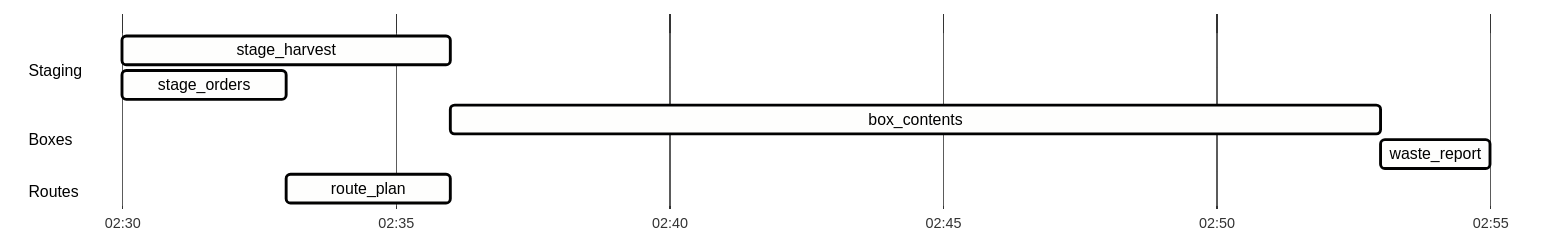
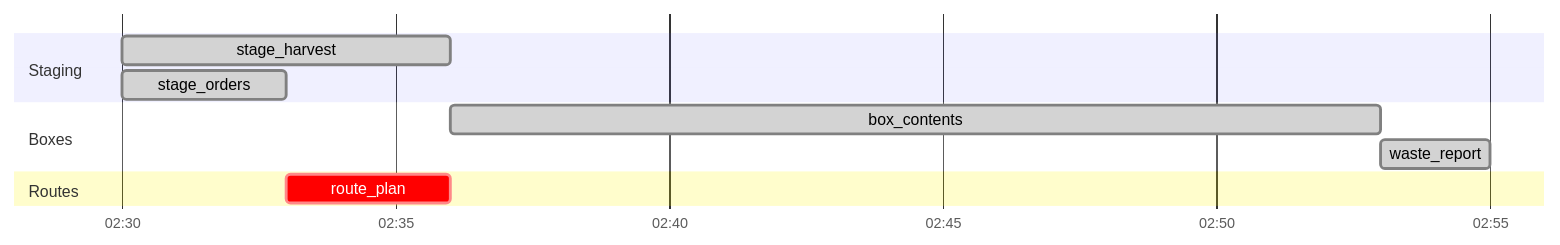
Before and after one commit to hallb/hallb.github.io: the diagram in content/post/lineage-in-the-sql/figures/nightly-run.mmd, drawn with Mermaid. The commit also changed 13 other files, not shown here.

First line of the commit message:
Keep the diagram style in one place, and theme the SVGs themselves

```diff
--- a/content/post/lineage-in-the-sql/figures/nightly-run.mmd
+++ b/content/post/lineage-in-the-sql/figures/nightly-run.mmd
@@ -1,56 +1,15 @@
----
-# The Fernhill nightly run on 14 August, from the runner's log.
-# Placeholder colours: #010101 ink, #FEFEFD card, #020202 accent, #030303 muted.
-config:
-  theme: base
-  themeVariables:
-    fontFamily: "Atkinson Hyperlegible"
-    primaryTextColor: "#010101"
-    textColor: "#010101"
-    titleColor: "#010101"
-    lineColor: "#030303"
-    gridColor: "#030303"
-    sectionBkgColor: "#FEFEFD"
-    altSectionBkgColor: "#FEFEFD"
-    sectionBkgColor2: "#FEFEFD"
-    taskBkgColor: "#FEFEFD"
-    taskBorderColor: "#010101"
-    taskTextColor: "#010101"
-    taskTextOutsideColor: "#010101"
-    taskTextDarkColor: "#010101"
-    doneTaskBkgColor: "#FEFEFD"
-    doneTaskBorderColor: "#010101"
-    critBkgColor: "#FEFEFD"
-    critBorderColor: "#020202"
-    todayLineColor: "#020202"
-    # Mermaid derives a colour for every variable left unset, and those
-    # derived values are literals the build's placeholder swap cannot see.
-    # The gantt does not use most of these, but it emits them anyway.
-    background: "#FEFEFD"
-    primaryColor: "#FEFEFD"
-    primaryBorderColor: "#010101"
-    secondaryColor: "#FEFEFD"
-    tertiaryColor: "#FEFEFD"
-    excludeBkgColor: "#FEFEFD"
-    activeTaskBkgColor: "#FEFEFD"
-    activeTaskBorderColor: "#010101"
-    taskTextLightColor: "#010101"
-    taskTextClickableColor: "#010101"
-    errorBkgColor: "#FEFEFD"
-    errorTextColor: "#010101"
----
 gantt
     dateFormat HH:mm
     axisFormat %H:%M
     todayMarker off
 
     section Staging
     stage_harvest :done, sh, 02:30, 6m
     stage_orders  :done, so, 02:30, 3m
 
     section Boxes
     box_contents  :done, bc, after sh so, 17m
     waste_report  :done, wr, after bc, 2m
 
     section Routes
     route_plan    :crit, rp, after so, 3m
```
